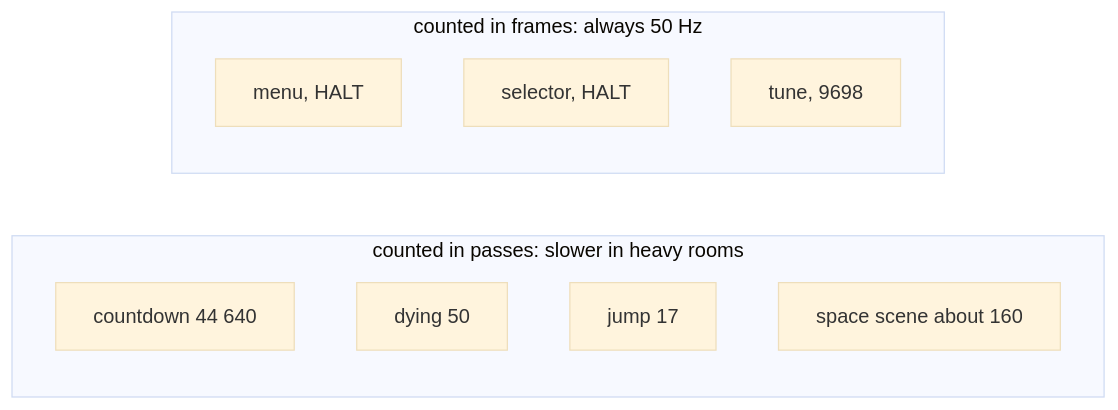
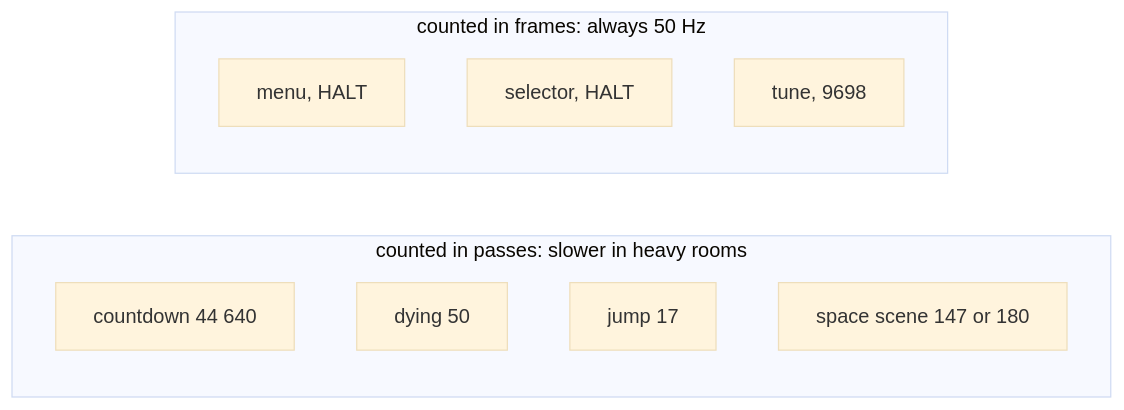
One commit to alfishe/unrealng-reverse-cases changed the ninth of 9 diagrams in games/terramex/docs/04-game-loop.md. Above: the diagram before and after it, drawn with Mermaid (base theme). The commit also changed other lines of this file and 31 other files, not shown here.

````diff
--- a/games/terramex/docs/04-game-loop.md
+++ b/games/terramex/docs/04-game-loop.md
@@ -1053,14 +1078,14 @@
 ```mermaid
 flowchart LR
     subgraph passes["counted in passes: slower in heavy rooms"]
         A["countdown 44 640"]
         B["dying 50"]
         C["jump 17"]
-        D["space scene about 160"]
+        D["space scene 147 or 180"]
     end
     subgraph frames["counted in frames: always 50 Hz"]
         E["menu, HALT"]
         F["selector, HALT"]
         G["tune, 9698"]
     end
 ```
````
